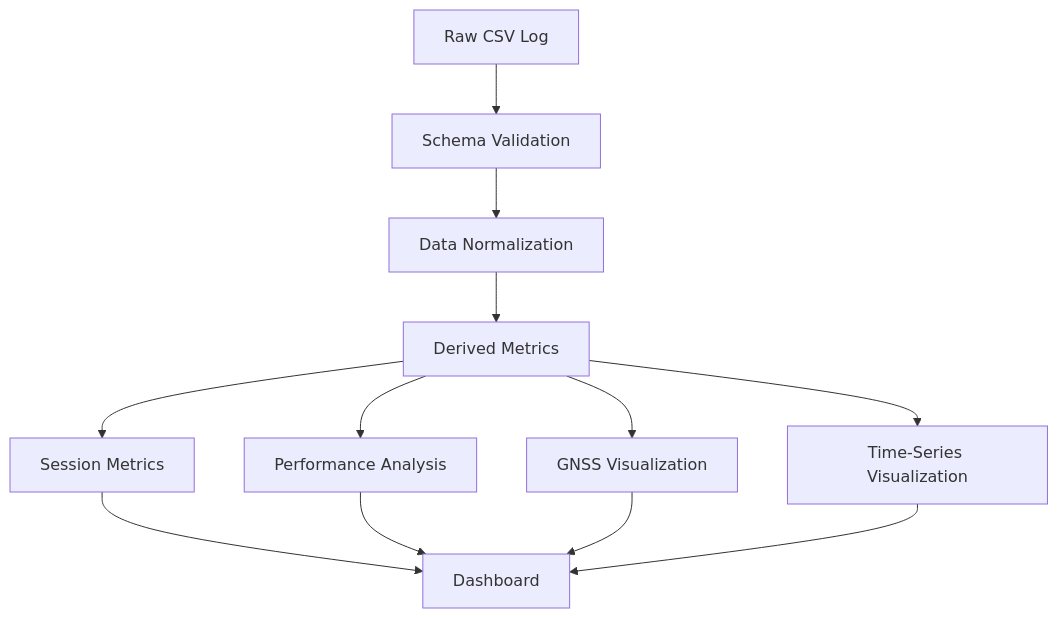
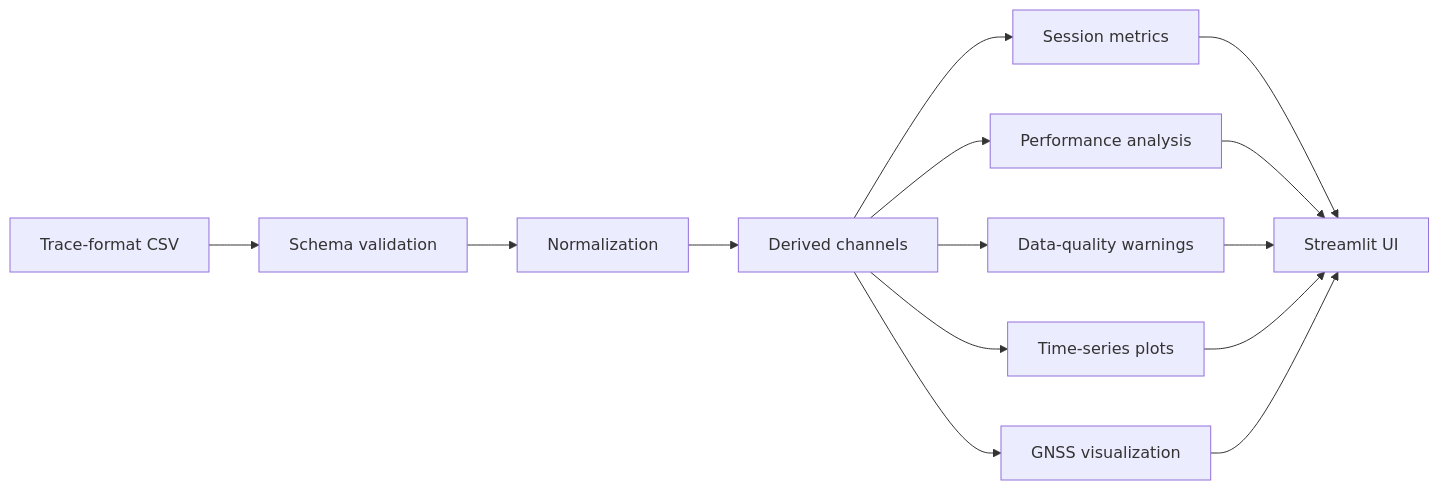
One commit to mdmmt05/Trace-Studio changed the diagram in README.md. Above: the diagram before and after it, drawn with Mermaid. The commit also changed other lines of this file, not shown here.

````diff
--- a/README.md
+++ b/README.md
@@ -109,28 +39,16 @@
 ```mermaid
-flowchart TD
-    CSV[Raw CSV Log]
-        --> VALIDATION[Schema Validation]
-
-    VALIDATION
-        --> NORMALIZATION[Data Normalization]
-
-    NORMALIZATION
-        --> DERIVED[Derived Metrics]
-
-    DERIVED
-        --> METRICS[Session Metrics]
-
-    DERIVED
-        --> PERFORMANCE[Performance Analysis]
-
-    DERIVED
-        --> MAP[GNSS Visualization]
-
-    DERIVED
-        --> CHARTS[Time-Series Visualization]
-
-    METRICS --> DASHBOARD[Dashboard]
-    PERFORMANCE --> DASHBOARD
-    MAP --> DASHBOARD
-    CHARTS --> DASHBOARD
+flowchart LR
+    CSV[Trace-format CSV] --> VALIDATION[Schema validation]
+    VALIDATION --> NORMALIZATION[Normalization]
+    NORMALIZATION --> DERIVED[Derived channels]
+    DERIVED --> METRICS[Session metrics]
+    DERIVED --> PERFORMANCE[Performance analysis]
+    DERIVED --> WARNINGS[Data-quality warnings]
+    DERIVED --> CHARTS[Time-series plots]
+    DERIVED --> MAP[GNSS visualization]
+    METRICS --> UI[Streamlit UI]
+    PERFORMANCE --> UI
+    WARNINGS --> UI
+    CHARTS --> UI
+    MAP --> UI
 ```
````
